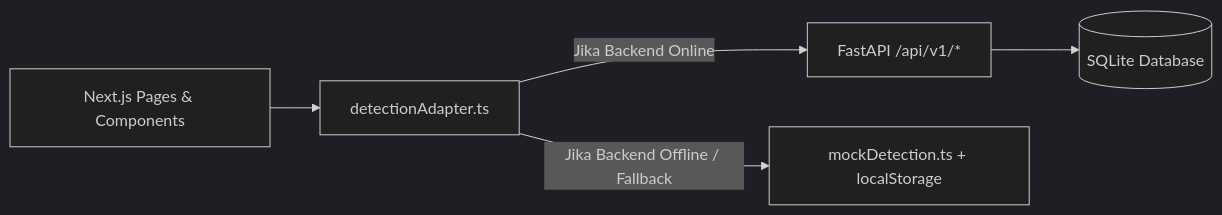
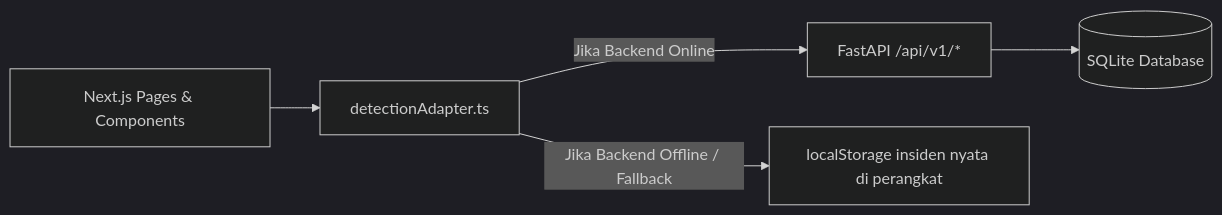
The diagram in frontend/README.md (ClaveAP/fire-smoke-detection), drawn with Mermaid (dark theme) before and after one commit. The commit also changed other lines of this file and 36 other files, not shown here.

````diff
--- a/frontend/README.md
+++ b/frontend/README.md
@@ -60,9 +60,9 @@
 ```mermaid
 flowchart LR
     UI[Next.js Pages & Components] --> Adapter[detectionAdapter.ts]
     
     Adapter -->|Jika Backend Online| API[FastAPI /api/v1/*]
-    Adapter -->|Jika Backend Offline / Fallback| Mock[mockDetection.ts + localStorage]
+    Adapter -->|Jika Backend Offline / Fallback| Local[localStorage insiden nyata di perangkat]
     
     API --> DB[(SQLite Database)]
 ```
````
